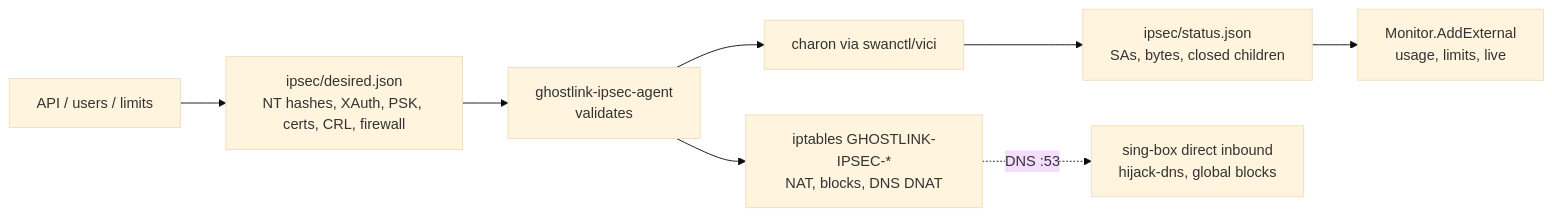
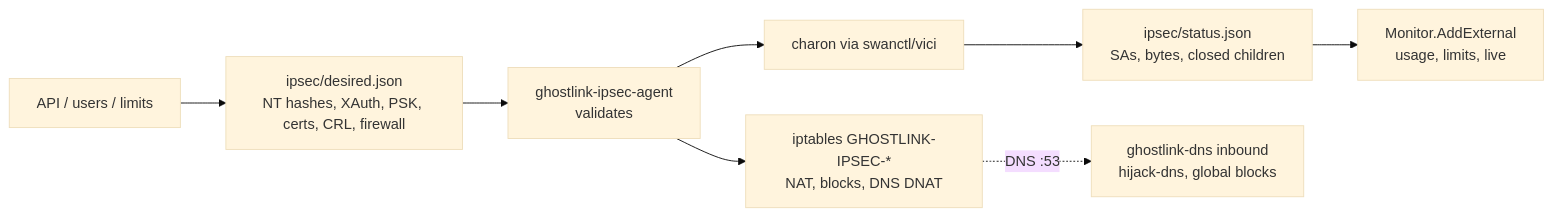
Before and after one commit to winyannainghtut/GHOSTLINK: the first of 2 diagrams in docs/architecture/protocols.md, drawn with Mermaid (base theme). The commit also changed other lines of this file and 32 other files, not shown here.

````diff
--- a/docs/architecture/protocols.md
+++ b/docs/architecture/protocols.md
@@ -148,10 +148,10 @@
 ```mermaid
 flowchart LR
   API[API / users / limits] --> D[ipsec/desired.json<br/>NT hashes, XAuth, PSK, certs, CRL, firewall]
   D --> A[ghostlink-ipsec-agent<br/>validates]
   A --> C[charon via swanctl/vici]
   A --> F[iptables GHOSTLINK-IPSEC-*<br/>NAT, blocks, DNS DNAT]
   C --> S[ipsec/status.json<br/>SAs, bytes, closed children]
   S --> M[Monitor.AddExternal<br/>usage, limits, live]
-  F -.DNS :53.-> N[sing-box direct inbound<br/>hijack-dns, global blocks]
+  F -.DNS :53.-> N[ghostlink-dns inbound<br/>hijack-dns, global blocks]
 ```
````
